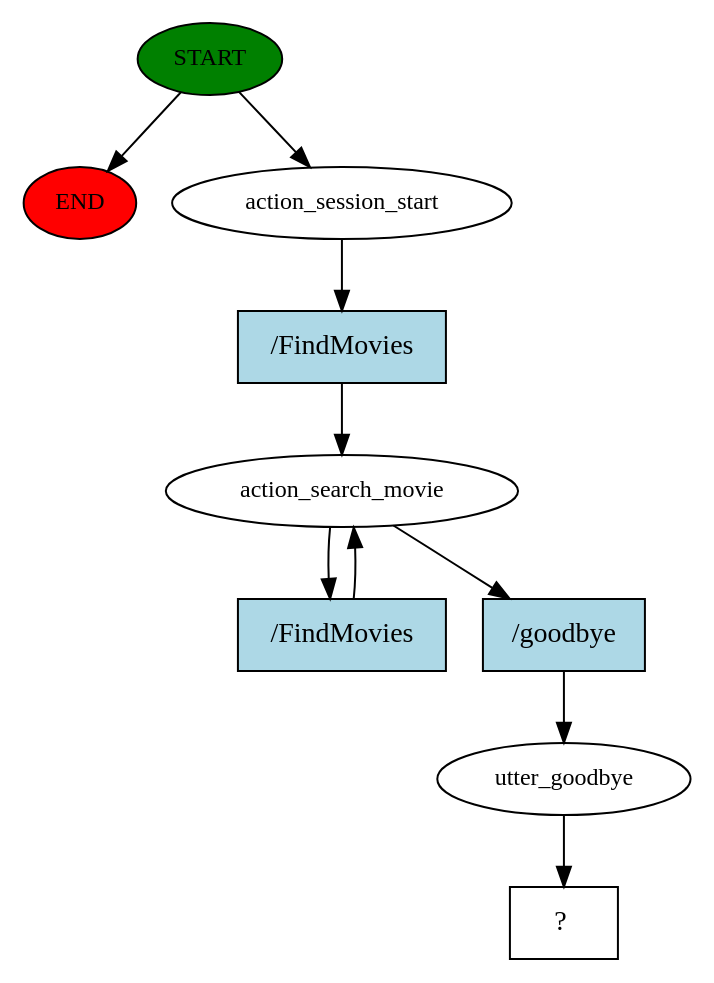
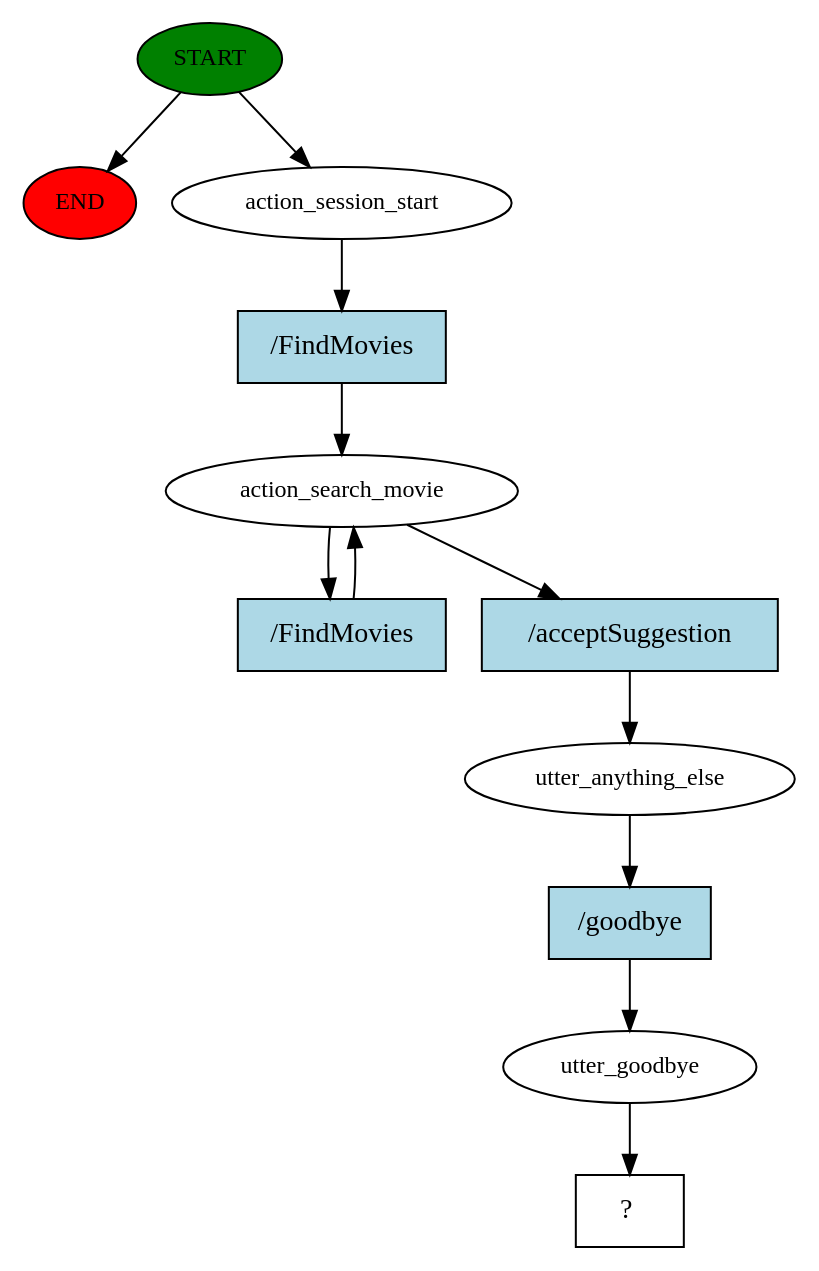
One commit to CymruLavis/movie_reccomendation_chatbot changed the diagram in story_graph.dot. Above: the diagram before and after it, drawn with Graphviz. The commit also changed 540 other files, not shown here.

```diff
--- a/story_graph.dot
+++ b/story_graph.dot
@@ -1,20 +1,24 @@
 digraph  {
 0 [class="start active", fillcolor=green, fontsize=12, label=START, style=filled];
 "-1" [class=end, fillcolor=red, fontsize=12, label=END, style=filled];
 1 [class=active, fontsize=12, label=action_session_start];
 2 [class=active, fontsize=12, label=action_search_movie];
+5 [class=active, fontsize=12, label=utter_anything_else];
 6 [class=active, fontsize=12, label=utter_goodbye];
 7 [class="intent dashed active", label="  ?  ", shape=rect];
 8 [class="intent active", fillcolor=lightblue, label="/FindMovies", shape=rect, style=filled];
 9 [class="intent active", fillcolor=lightblue, label="/FindMovies", shape=rect, style=filled];
-10 [class="intent active", fillcolor=lightblue, label="/goodbye", shape=rect, style=filled];
+10 [class="intent active", fillcolor=lightblue, label="/acceptSuggestion", shape=rect, style=filled];
+11 [class="intent active", fillcolor=lightblue, label="/goodbye", shape=rect, style=filled];
 0 -> "-1"  [class="", key=NONE, label=""];
 0 -> 1  [class=active, key=NONE, label=""];
 1 -> 8  [class=active, key=0];
 2 -> 9  [class=active, key=0];
 2 -> 10  [class=active, key=0];
+5 -> 11  [class=active, key=0];
 6 -> 7  [class=active, key=NONE, label=""];
 8 -> 2  [class=active, key=0];
 9 -> 2  [class=active, key=0];
-10 -> 6  [class=active, key=0];
+10 -> 5  [class=active, key=0];
+11 -> 6  [class=active, key=0];
 }
```
